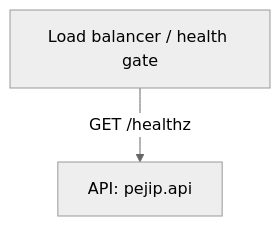
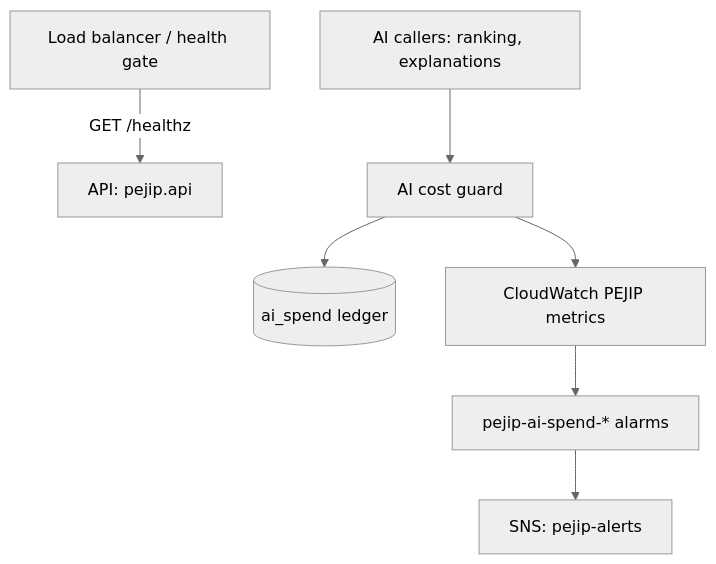
One commit to madduri-ops/PEJIP changed the diagram in docs/architecture/components.md. Above: the diagram before and after it, drawn with Mermaid (neutral theme). The commit also changed other lines of this file and 19 other files, not shown here.

First line of the commit message:
Add AI cost guard with $100 monthly cap and spend alarms (#13)

````diff
--- a/docs/architecture/components.md
+++ b/docs/architecture/components.md
@@ -12,4 +12,8 @@
 ```mermaid
 flowchart TB
     alb[Load balancer / health gate] -- GET /healthz --> api[API: pejip.api]
+    caller[AI callers: ranking, explanations] --> guard[AI cost guard]
+    guard --> ledger[(ai_spend ledger)]
+    guard --> cw[CloudWatch PEJIP metrics]
+    cw --> alarms[pejip-ai-spend-* alarms] --> sns[SNS: pejip-alerts]
 ```
````
